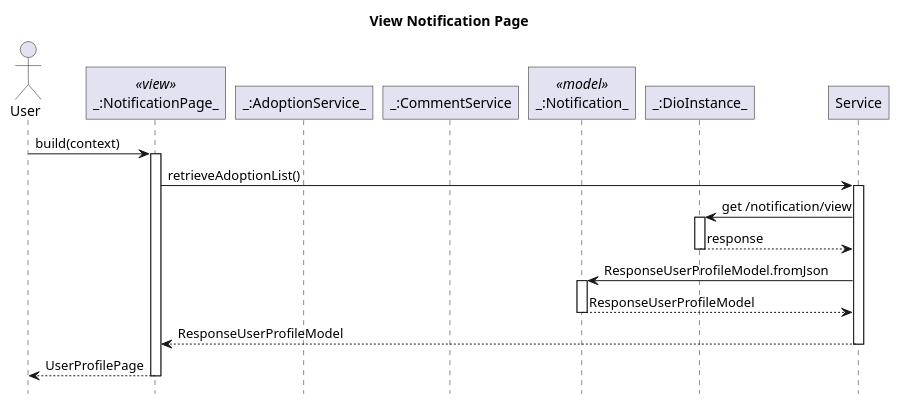
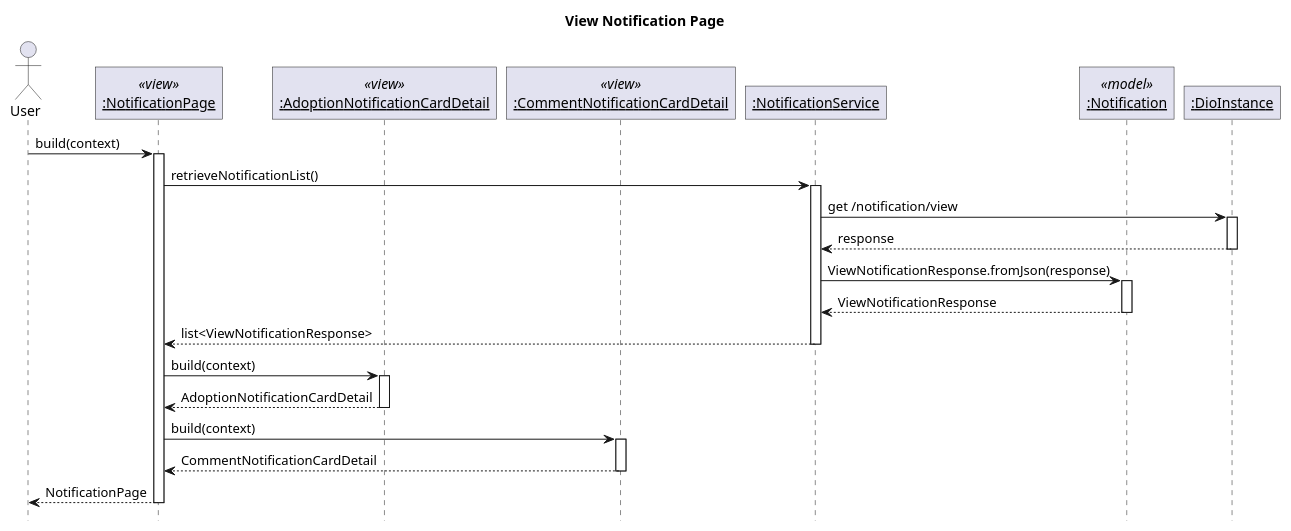
Before and after one commit to sharoncedila/FO_woofers: the diagram in lib/plantuml/notification/view notif.puml, drawn with PlantUML. The commit also changed 30 other files, not shown here.

Commit message:
added all sequence diagram

```diff
--- a/lib/plantuml/notification/view notif.puml
+++ b/lib/plantuml/notification/view notif.puml
@@ -1,29 +1,34 @@
 @startuml View Notification Page
 ' Global param
 title View Notification Page
 autoactivate on
 
 ' Global style configuration
 skinparam RoundCorner 0
 hide footbox
 
 ' Sequence participant configuration
 actor User
-participant "_:NotificationPage_" as Page <<view>>
-participant "_:AdoptionService_" as ServiceAdoption
-participant "_:CommentService" as ServiceComment
-participant "_:Notification_" as Model <<model>>
-participant "_:DioInstance_" as Dio
+participant "__:NotificationPage__" as Page <<view>>
+participant "__:AdoptionNotificationCardDetail__" as CardAdopt <<view>>
+participant "__:CommentNotificationCardDetail__" as CardActivity <<view>>
+participant "__:NotificationService__" as Service
+participant "__:Notification__" as Model <<model>>
+participant "__:DioInstance__" as Dio
 
 ' Sequence diagram
 User -> Page: build(context)
-Page -> Service : retrieveAdoptionList()
+Page -> Service : retrieveNotificationList()
 Service -> Dio : get /notification/view
 Service <-- Dio : response
-Service -> Model : ResponseUserProfileModel.fromJson
-Service <-- Model : ResponseUserProfileModel
-Page <-- Service : ResponseUserProfileModel
-User <-- Page: UserProfilePage
+Service -> Model : ViewNotificationResponse.fromJson(response)
+Service <-- Model :  ViewNotificationResponse
+Page <-- Service : list<ViewNotificationResponse>
+Page -> CardAdopt : build(context)
+Page <-- CardAdopt : AdoptionNotificationCardDetail
+Page -> CardActivity : build(context)
+Page <-- CardActivity : CommentNotificationCardDetail
+User <-- Page: NotificationPage
 
 
 @enduml
```
